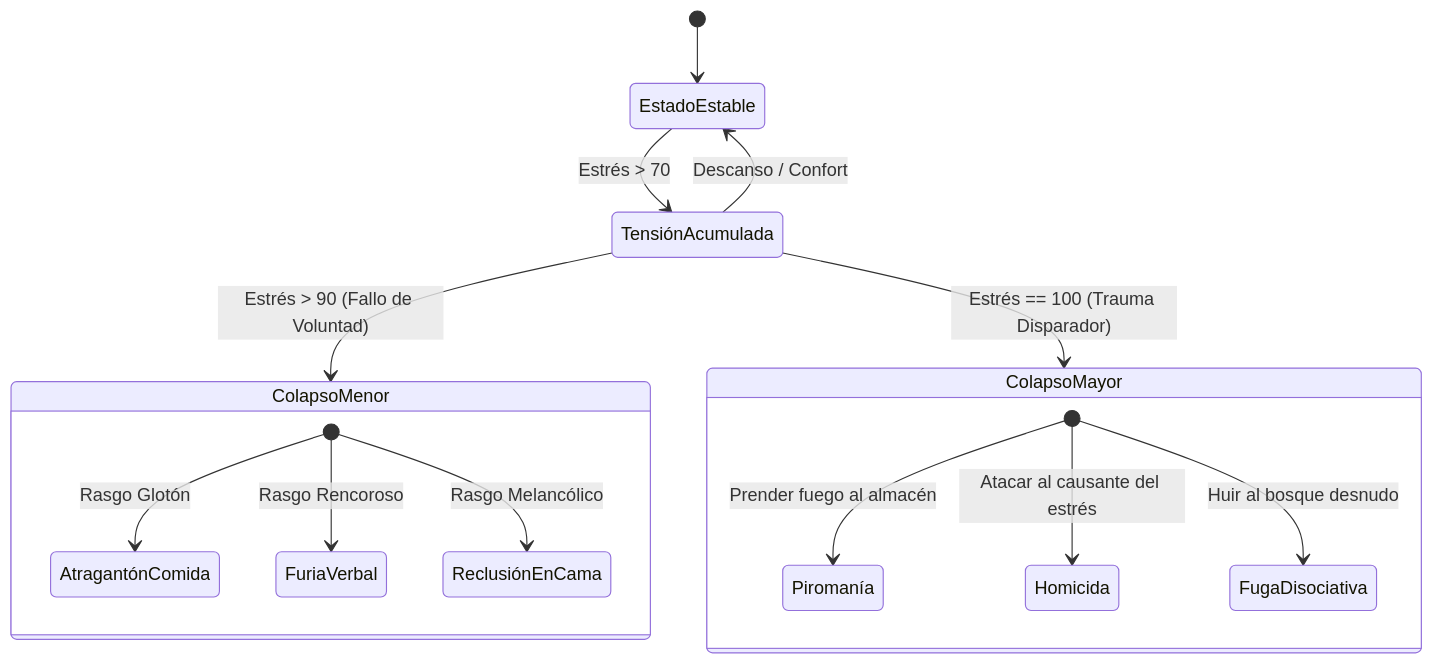
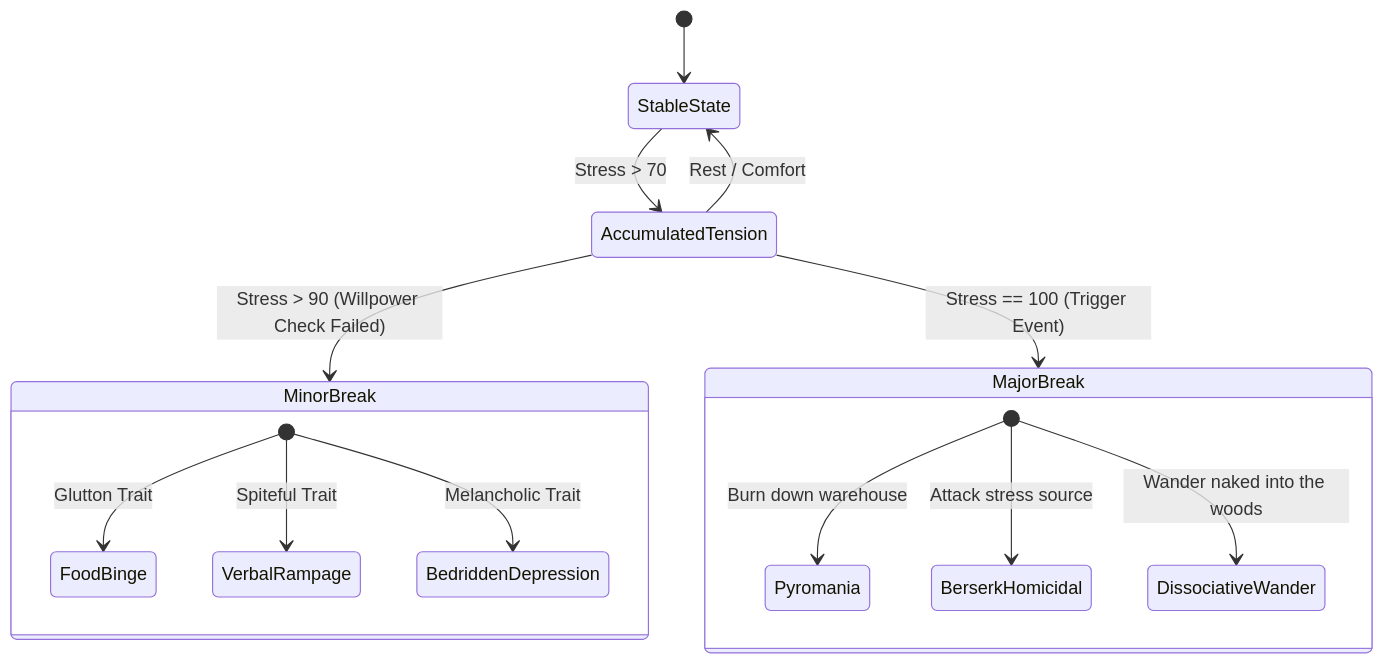
The diagram in docs/02-psychology-and-character-model.md (mcarbonell/sentient-npc-architecture), drawn with Mermaid before and after one commit. The commit also changed other lines of this file and 7 other files, not shown here.

Commit message:
docs: add comprehensive design and architecture documentation for sentient NPC system

````diff
--- a/docs/02-psychology-and-character-model.md
+++ b/docs/02-psychology-and-character-model.md
@@ -145,20 +145,20 @@
 ```mermaid
 stateDiagram-v2
-    [*] --> EstadoEstable
-    EstadoEstable --> TensiónAcumulada: Estrés > 70
-    TensiónAcumulada --> EstadoEstable: Descanso / Confort
-    TensiónAcumulada --> ColapsoMenor: Estrés > 90 (Fallo de Voluntad)
-    TensiónAcumulada --> ColapsoMayor: Estrés == 100 (Trauma Disparador)
+    [*] --> StableState
+    StableState --> AccumulatedTension: Stress > 70
+    AccumulatedTension --> StableState: Rest / Comfort
+    AccumulatedTension --> MinorBreak: Stress > 90 (Willpower Check Failed)
+    AccumulatedTension --> MajorBreak: Stress == 100 (Trigger Event)
 
-    state ColapsoMenor {
-        [*] --> AtragantónComida: Rasgo Glotón
-        [*] --> FuriaVerbal: Rasgo Rencoroso
-        [*] --> ReclusiónEnCama: Rasgo Melancólico
+    state MinorBreak {
+        [*] --> FoodBinge: Glutton Trait
+        [*] --> VerbalRampage: Spiteful Trait
+        [*] --> BedriddenDepression: Melancholic Trait
     }
 
-    state ColapsoMayor {
-        [*] --> Piromanía: Prender fuego al almacén
-        [*] --> Homicida: Atacar al causante del estrés
-        [*] --> FugaDisociativa: Huir al bosque desnudo
+    state MajorBreak {
+        [*] --> Pyromania: Burn down warehouse
+        [*] --> BerserkHomicidal: Attack stress source
+        [*] --> DissociativeWander: Wander naked into the woods
     }
 ```
````
